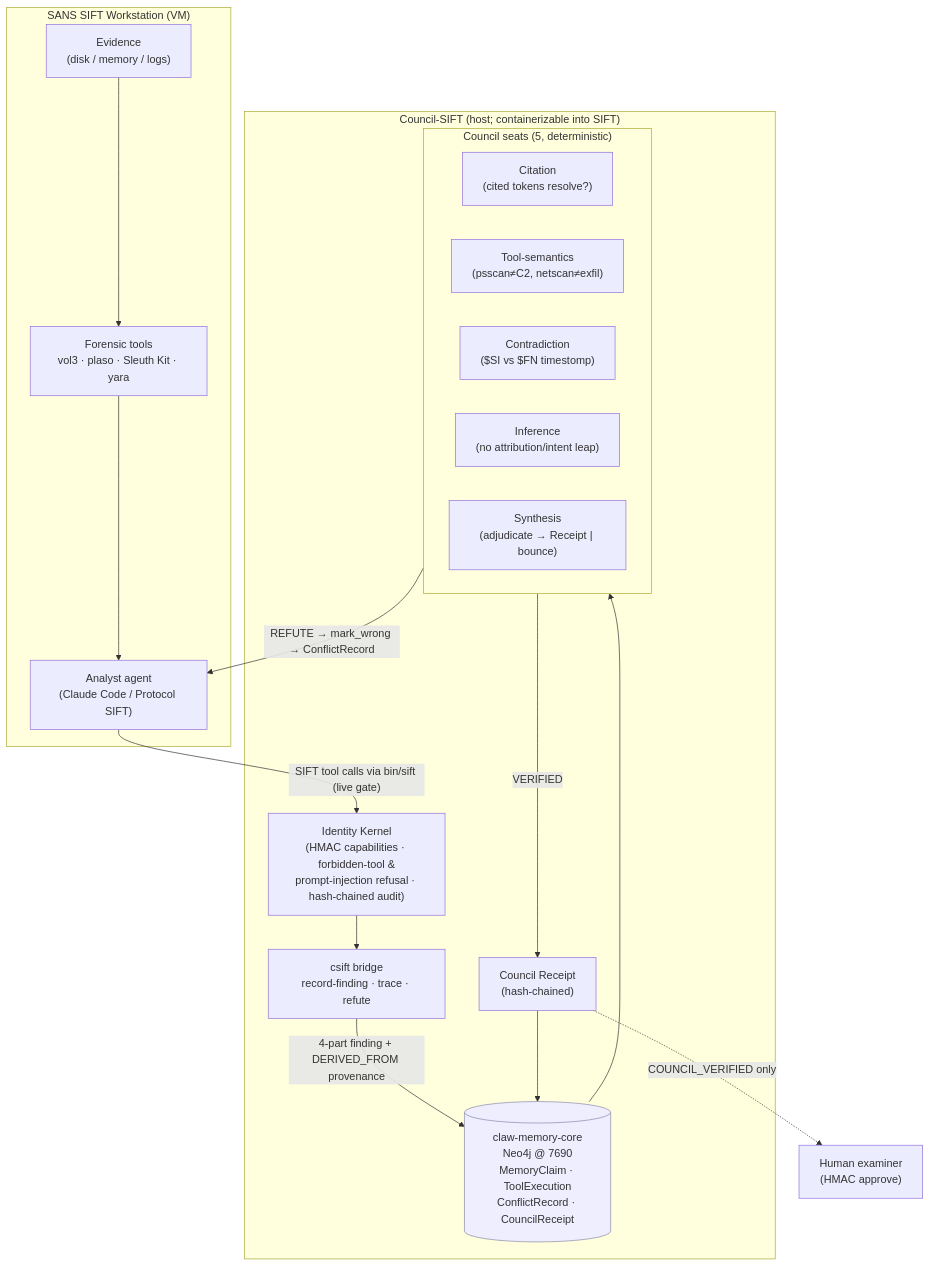
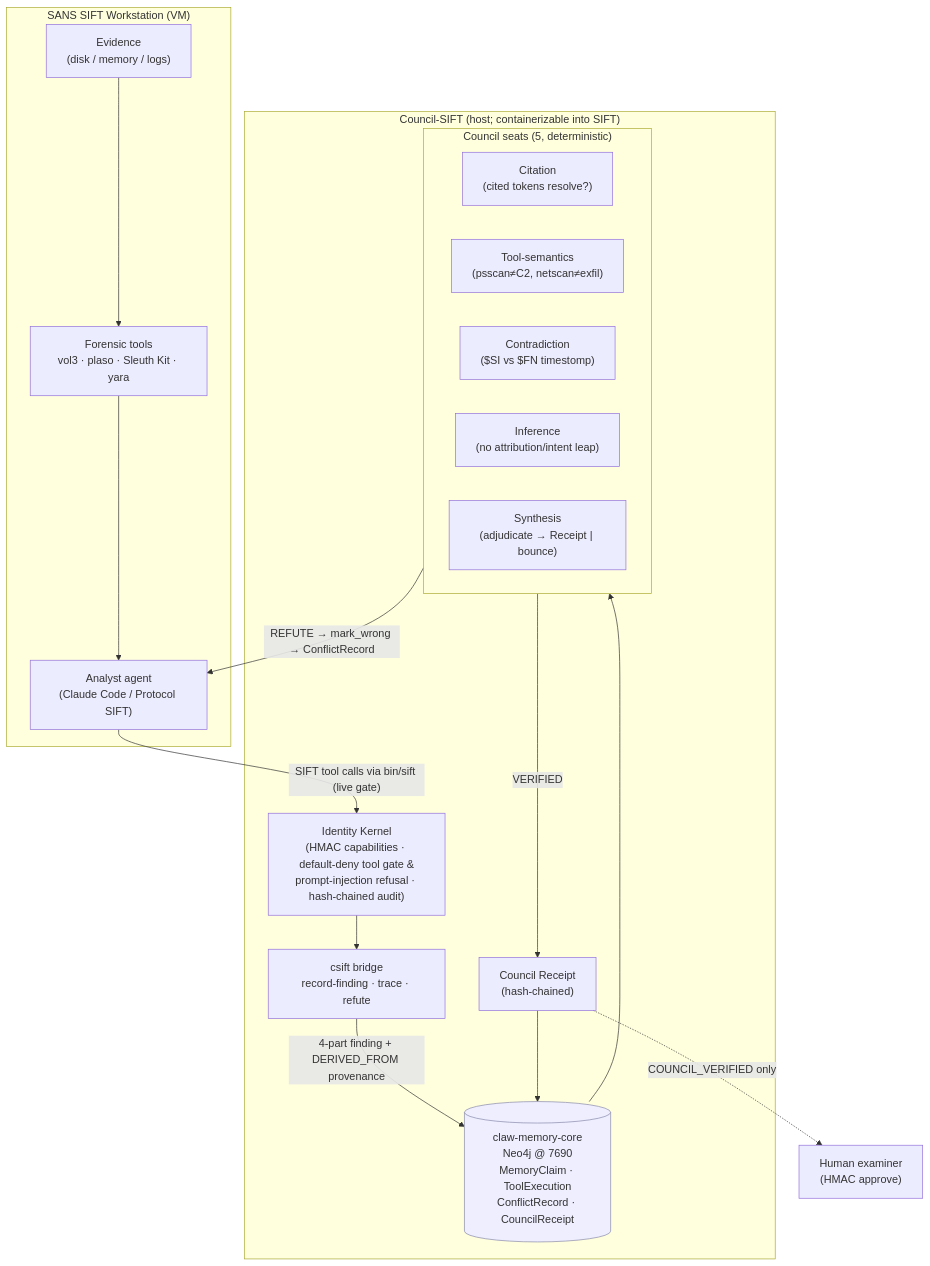
Before and after one commit to davfd/council-sift: the diagram in ARCHITECTURE.md, drawn with Mermaid. The commit also changed 1 other file, not shown here.

Commit message:
docs: final coherence pass — diagram nodes say 'default-deny tool gate' (not 'forbidden-tool')
Last stale label after the denylist→default-deny security fix. Audit otherwise clean: run-count 9 and
bypass 12/12 consistent across all docs; no stale 10/10 / '8 genuine' / 'future work'; all referenced
files exist; tree clean; local main synced with origin; 0 corpus/secrets on remote.

````diff
--- a/ARCHITECTURE.md
+++ b/ARCHITECTURE.md
@@ -10,36 +10,36 @@
 ```mermaid
 flowchart TB
   subgraph SIFT["SANS SIFT Workstation (VM)"]
     EV["Evidence<br/>(disk / memory / logs)"]
     TOOLS["Forensic tools<br/>vol3 · plaso · Sleuth Kit · yara"]
     ANALYST["Analyst agent<br/>(Claude Code / Protocol SIFT)"]
     EV --> TOOLS --> ANALYST
   end
 
   subgraph HOST["Council-SIFT (host; containerizable into SIFT)"]
-    KERNEL["Identity Kernel<br/>(HMAC capabilities · forbidden-tool &<br/>prompt-injection refusal · hash-chained audit)"]
+    KERNEL["Identity Kernel<br/>(HMAC capabilities · default-deny tool gate &<br/>prompt-injection refusal · hash-chained audit)"]
     BRIDGE["csift bridge<br/>record-finding · trace · refute"]
     MEM[("claw-memory-core<br/>Neo4j @ 7690<br/>MemoryClaim · ToolExecution<br/>ConflictRecord · CouncilReceipt")]
     subgraph COUNCIL["Council seats (5, deterministic)"]
       CIT["Citation<br/>(cited tokens resolve?)"]
       TS["Tool-semantics<br/>(psscan≠C2, netscan≠exfil)"]
       CON["Contradiction<br/>($SI vs $FN timestomp)"]
       INF["Inference<br/>(no attribution/intent leap)"]
       SYN["Synthesis<br/>(adjudicate → Receipt | bounce)"]
     end
     RECEIPT["Council Receipt<br/>(hash-chained)"]
   end
 
   HUMAN["Human examiner<br/>(HMAC approve)"]
 
   ANALYST -- "SIFT tool calls via bin/sift (live gate)" --> KERNEL
   KERNEL --> BRIDGE
   BRIDGE -- "4-part finding + DERIVED_FROM provenance" --> MEM
   MEM --> COUNCIL
   COUNCIL -- "REFUTE → mark_wrong → ConflictRecord" --> ANALYST
   COUNCIL -- "VERIFIED" --> RECEIPT --> MEM
   RECEIPT -. "COUNCIL_VERIFIED only" .-> HUMAN
 
   classDef store fill:#eef,stroke:#88a;
   class MEM store;
 ```
````
